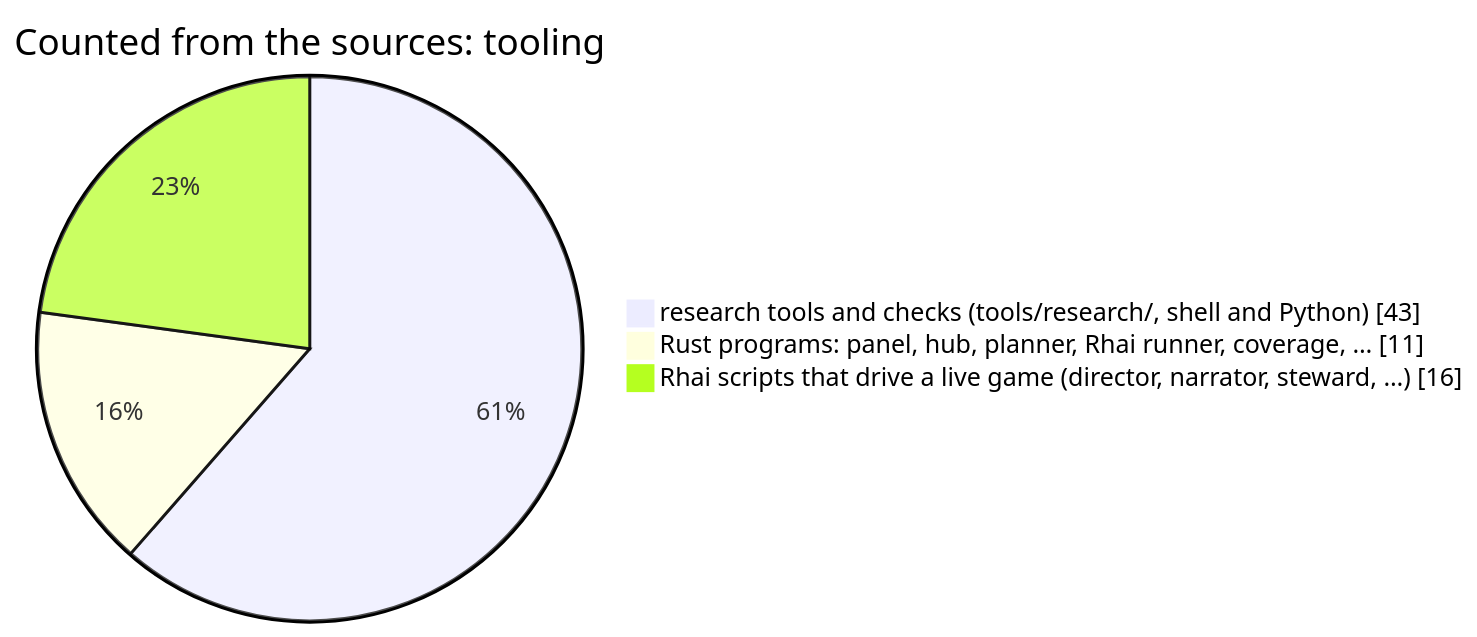
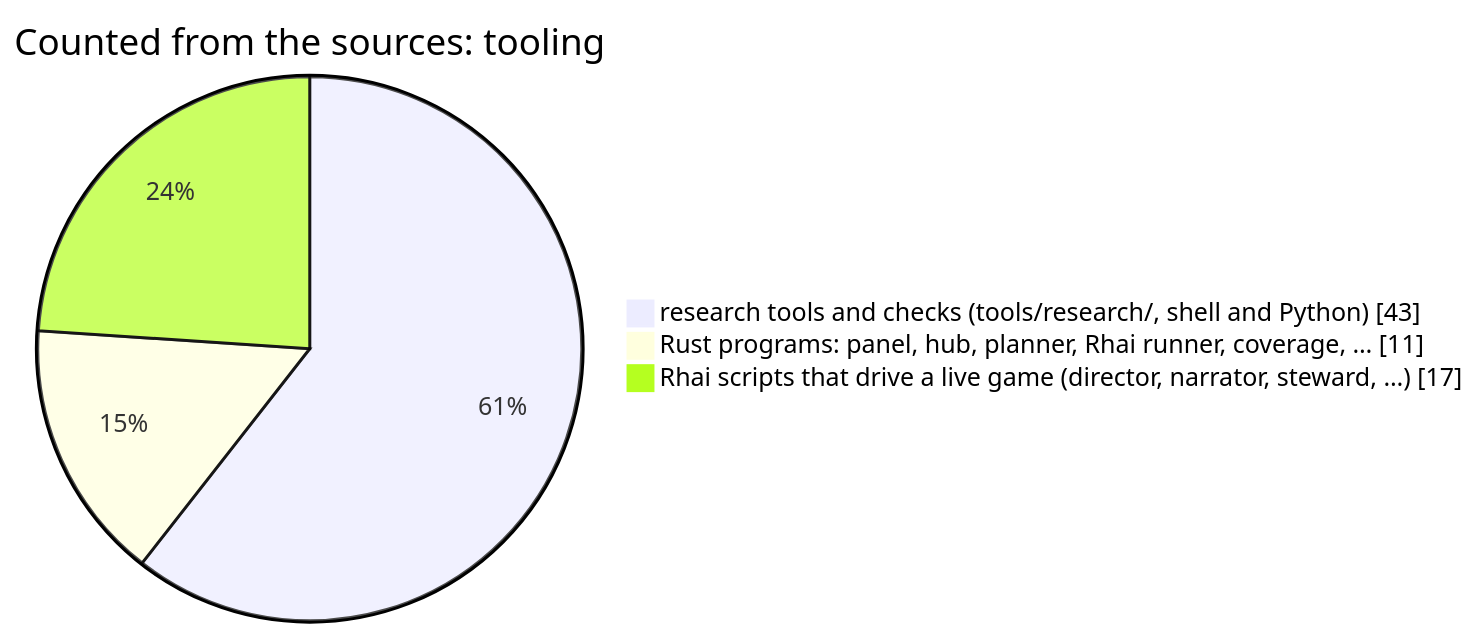
One commit to korczis/OpenTTD changed the fifth of 11 diagrams in README.md. Above: the diagram before and after it, drawn with Mermaid. The commit also changed other lines of this file and 4 other files, not shown here.

````diff
--- a/README.md
+++ b/README.md
@@ -625,6 +625,6 @@
 ```mermaid
 pie showData title Counted from the sources: tooling
     "research tools and checks (tools/research/, shell and Python)" : 43
     "Rust programs: panel, hub, planner, Rhai runner, coverage, …" : 11
-    "Rhai scripts that drive a live game (director, narrator, steward, …)" : 16
+    "Rhai scripts that drive a live game (director, narrator, steward, …)" : 17
 ```
````
